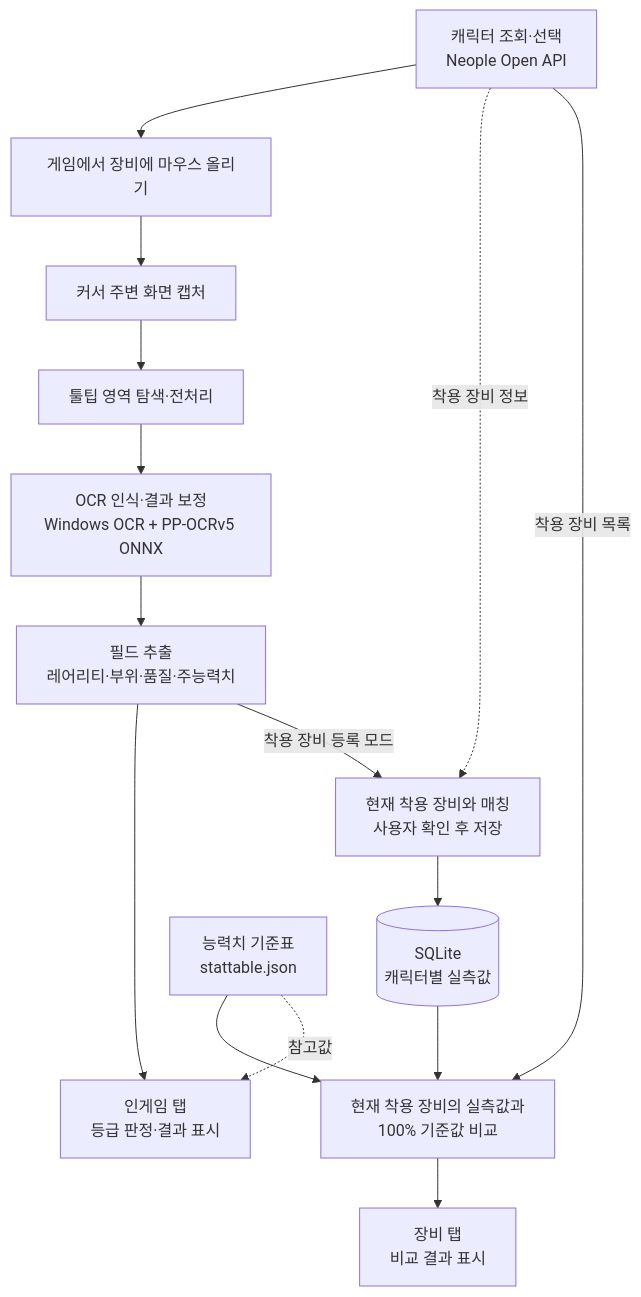
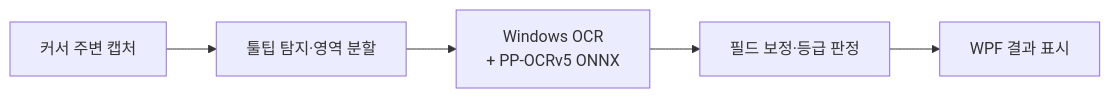
Before and after one commit to Robinson-Lim/no-kalbak: the diagram in README.md, drawn with Mermaid. The commit also changed other lines of this file and 9 other files, not shown here.

````diff
--- a/README.md
+++ b/README.md
@@ -16,17 +54,7 @@
 ```mermaid
-flowchart TD
-    A["캐릭터 조회·선택<br/>Neople Open API"] --> B["게임에서 장비에 마우스 올리기"]
-    B --> C["커서 주변 화면 캡처"]
-    C --> D["툴팁 영역 탐색·전처리"]
-    D --> E["OCR 인식·결과 보정<br/>Windows OCR + PP-OCRv5 ONNX"]
-    E --> F["필드 추출<br/>레어리티·부위·품질·주능력치"]
-    F --> G["인게임 탭<br/>등급 판정·결과 표시"]
-    F -->|착용 장비 등록 모드| H["현재 착용 장비와 매칭<br/>사용자 확인 후 저장"]
-    A -.->|착용 장비 정보| H
-    H --> I[("SQLite<br/>캐릭터별 실측값")]
-    I --> J["현재 착용 장비의 실측값과<br/>100% 기준값 비교"]
-    A -->|착용 장비 목록| J
-    K["능력치 기준표<br/>stattable.json"] --> J
-    K -.->|참고값| G
-    J --> L["장비 탭<br/>비교 결과 표시"]
+flowchart LR
+    A["커서 주변 캡처"] --> B["툴팁 탐지·영역 분할"]
+    B --> C["Windows OCR<br/>+ PP-OCRv5 ONNX"]
+    C --> D["필드 보정·등급 판정"]
+    D --> E["WPF 결과 표시"]
 ```
````
